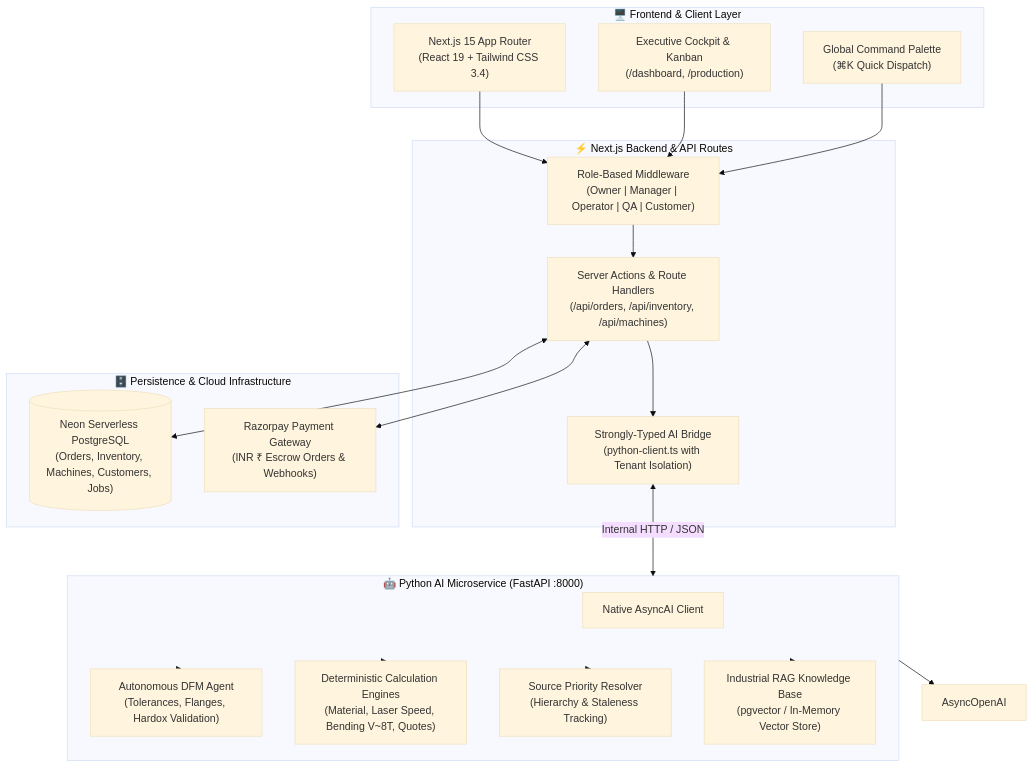
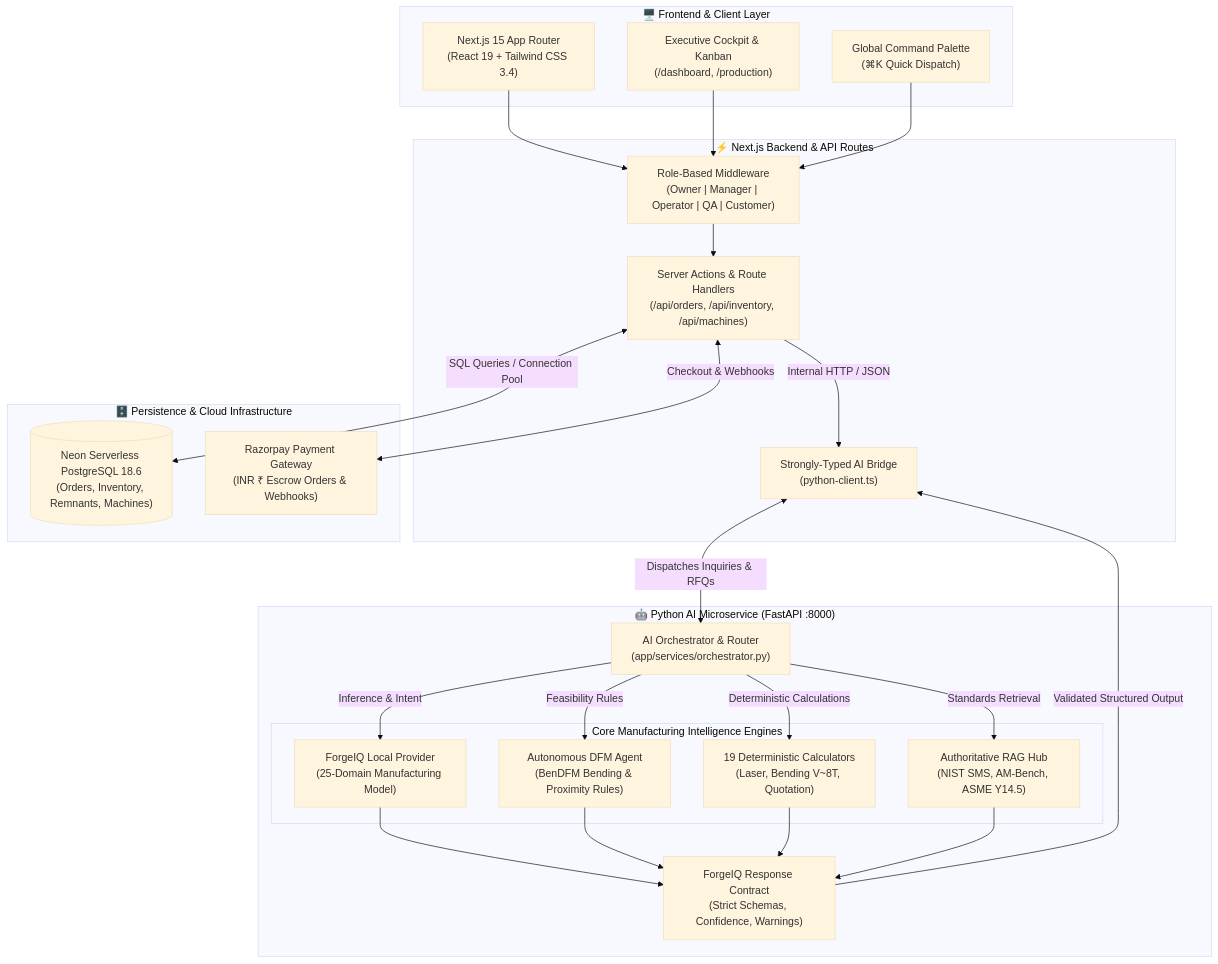
One commit to bhuvanabcs24-maker/Forge-IQ changed the first of 2 diagrams in README.md. Above: the diagram before and after it, drawn with Mermaid (base theme). The commit also changed other lines of this file, not shown here.

Commit message:
docs(readme): fix architecture diagram arrows, node definitions, and nesting

````diff
--- a/README.md
+++ b/README.md
@@ -129,44 +129,63 @@
 ```mermaid
 flowchart TD
     subgraph ClientLayer["🖥️ Frontend & Client Layer"]
-        Browser["Next.js 15 App Router\n(React 19 + Tailwind CSS 3.4)"]
-        Dashboard["Executive Cockpit & Kanban\n(/dashboard, /production)"]
-        CommandPalette["Global Command Palette\n(⌘K Quick Dispatch)"]
+        Browser["Next.js 15 App Router<br/>(React 19 + Tailwind CSS 3.4)"]
+        Dashboard["Executive Cockpit & Kanban<br/>(/dashboard, /production)"]
+        CommandPalette["Global Command Palette<br/>(⌘K Quick Dispatch)"]
     end
 
     subgraph AppServer["⚡ Next.js Backend & API Routes"]
-        Middleware["Role-Based Middleware\n(Owner | Manager | Operator | QA | Customer)"]
-        ServerActions["Server Actions & Route Handlers\n(/api/orders, /api/inventory, /api/machines)"]
-        PythonBridge["Strongly-Typed AI Bridge\n(python-client.ts with Tenant Isolation)"]
+        Middleware["Role-Based Middleware<br/>(Owner | Manager | Operator | QA | Customer)"]
+        ServerActions["Server Actions & Route Handlers<br/>(/api/orders, /api/inventory, /api/machines)"]
+        PythonBridge["Strongly-Typed AI Bridge<br/>(python-client.ts)"]
     end
 
     subgraph AIService["🤖 Python AI Microservice (FastAPI :8000)"]
-        AsyncAI["Native AsyncAI Client\n"]
-        DFMAgent["Autonomous DFM Agent\n(Tolerances, Flanges, Hardox Validation)"]
-        Calculators["Deterministic Calculation Engines\n(Material, Laser Speed, Bending V~8T, Quotes)"]
-        KnowledgeResolver["Source Priority Resolver\n(Hierarchy & Staleness Tracking)"]
-        VectorStore["Industrial RAG Knowledge Base\n(pgvector / In-Memory Vector Store)"]
+        Orchestrator["AI Orchestrator & Router<br/>(app/services/orchestrator.py)"]
+        
+        subgraph CoreEngines["Core Manufacturing Intelligence Engines"]
+            LocalProvider["ForgeIQ Local Provider<br/>(25-Domain Manufacturing Model)"]
+            DFMAgent["Autonomous DFM Agent<br/>(BenDFM Bending & Proximity Rules)"]
+            Calculators["19 Deterministic Calculators<br/>(Laser, Bending V~8T, Quotation)"]
+            RAGStore["Authoritative RAG Hub<br/>(NIST SMS, AM-Bench, ASME Y14.5)"]
+        end
+        
+        ContractResponse["ForgeIQ Response Contract<br/>(Strict Schemas, Confidence, Warnings)"]
     end
 
     subgraph DatabaseLayer["🗄️ Persistence & Cloud Infrastructure"]
-        NeonDB[("Neon Serverless PostgreSQL\n(Orders, Inventory, Machines, Customers, Jobs)")]
-        Razorpay["Razorpay Payment Gateway\n(INR ₹ Escrow Orders & Webhooks)"]
+        NeonDB[("Neon Serverless PostgreSQL 18.6<br/>(Orders, Inventory, Remnants, Machines)")]
+        Razorpay["Razorpay Payment Gateway<br/>(INR ₹ Escrow Orders & Webhooks)"]
     end
 
+    %% Client Interactions
     Browser --> Middleware
     Dashboard --> Middleware
     CommandPalette --> Middleware
+
+    %% Middleware Routing
     Middleware --> ServerActions
 
-    ServerActions <--> NeonDB
-    ServerActions --> PythonBridge
-    PythonBridge <-->|"Internal HTTP / JSON"| AIService
+    %% Backend Integrations
+    ServerActions <-->|"SQL Queries / Connection Pool"| NeonDB
+    ServerActions <-->|"Checkout & Webhooks"| Razorpay
+    ServerActions -->|"Internal HTTP / JSON"| PythonBridge
 
-    AIService --> AsyncOpenAI
-    AIService --> DFMAgent
-    AIService --> Calculators
-    AIService --> KnowledgeResolver
-    AIService --> VectorStore
+    %% AI Service Flow
+    PythonBridge <-->|"Dispatches Inquiries & RFQs"| Orchestrator
 
-    ServerActions <--> Razorpay
+    %% Orchestrator Dispatches to Engines
+    Orchestrator -->|"Inference & Intent"| LocalProvider
+    Orchestrator -->|"Feasibility Rules"| DFMAgent
+    Orchestrator -->|"Deterministic Calculations"| Calculators
+    Orchestrator -->|"Standards Retrieval"| RAGStore
+
+    %% Engines Converge on Contract Response
+    LocalProvider --> ContractResponse
+    DFMAgent --> ContractResponse
+    Calculators --> ContractResponse
+    RAGStore --> ContractResponse
+
+    %% Return Contract Response to Backend
+    ContractResponse -->|"Validated Structured Output"| PythonBridge
 ```
````
